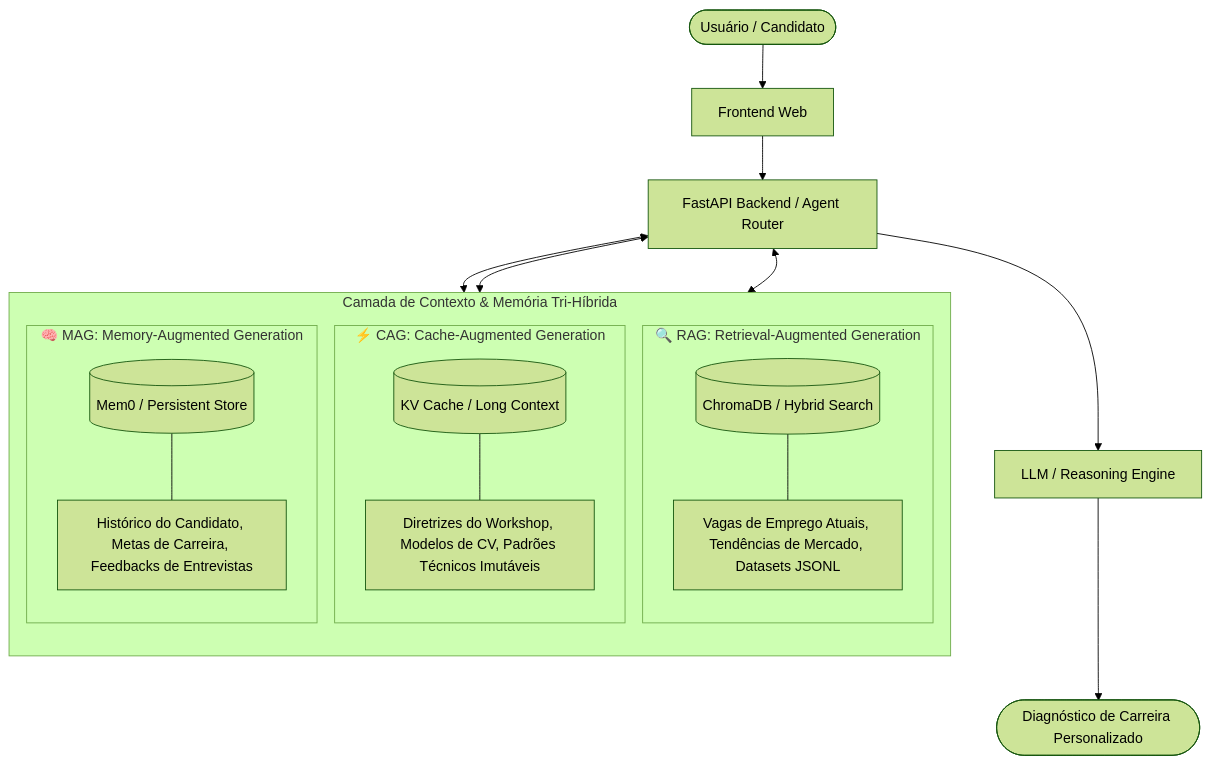
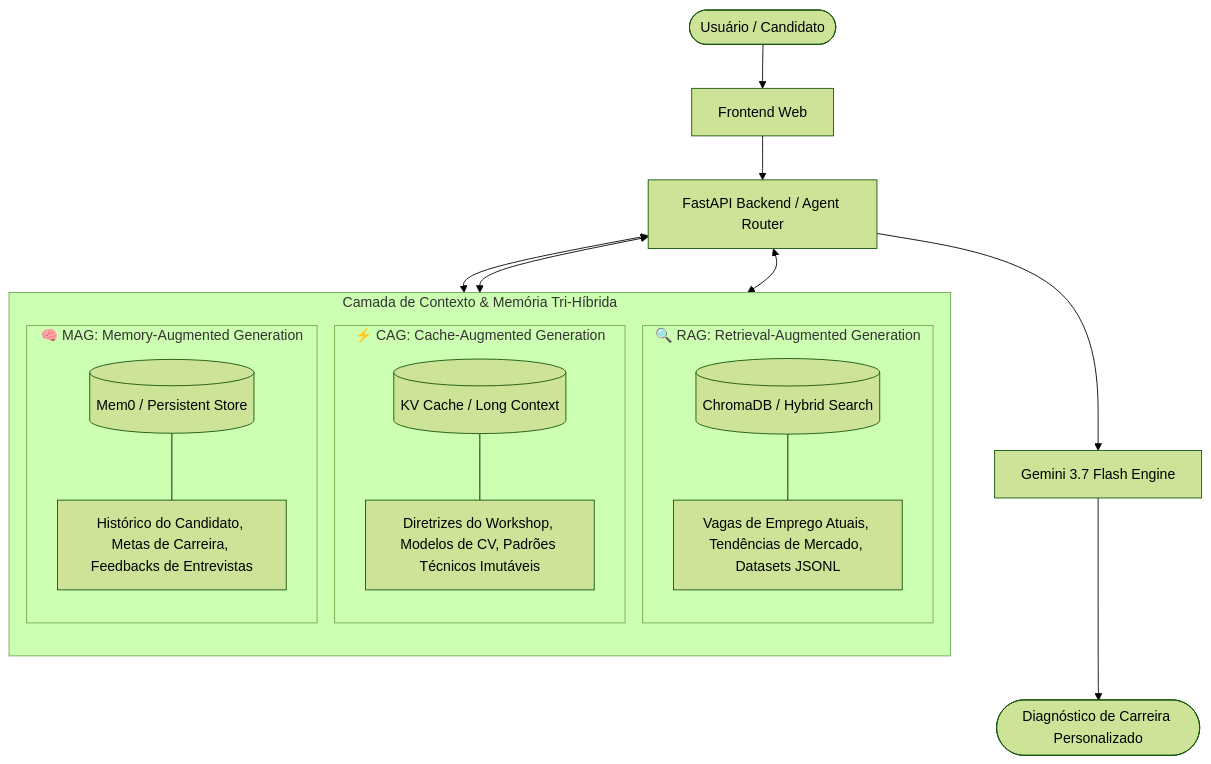
Before and after one commit to EmmanuelNunes/SECOMP---IA: the diagram in docs/Architecture.md, drawn with Mermaid (forest theme). The commit also changed other lines of this file and 7 other files, not shown here.

Commit message:
feat(llm-agents): adicionar conteudos sobre Google Antigravity e modelo vigente Gemini 3.7 Flash na apostila, cheatsheets, labs, docs e instalacao

````diff
--- a/docs/Architecture.md
+++ b/docs/Architecture.md
@@ -19,33 +21,33 @@
 ```mermaid
 flowchart TD
     User([Usuário / Candidato]) --> Interface[Frontend Web]
     Interface --> API[FastAPI Backend / Agent Router]
     
     subgraph Context_Layer [Camada de Contexto & Memória Tri-Híbrida]
         direction TB
         
         subgraph CAG_Block [⚡ CAG: Cache-Augmented Generation]
             CAG_Cache[(KV Cache / Long Context)]
             CAG_Desc[Diretrizes do Workshop, Modelos de CV, Padrões Técnicos Imutáveis]
             CAG_Cache --- CAG_Desc
         end
         
         subgraph RAG_Block [🔍 RAG: Retrieval-Augmented Generation]
             VectorDB[(ChromaDB / Hybrid Search)]
             RAG_Desc[Vagas de Emprego Atuais, Tendências de Mercado, Datasets JSONL]
             VectorDB --- RAG_Desc
         end
         
         subgraph MAG_Block [🧠 MAG: Memory-Augmented Generation]
             MemoryStore[(Mem0 / Persistent Store)]
             MAG_Desc[Histórico do Candidato, Metas de Carreira, Feedbacks de Entrevistas]
             MemoryStore --- MAG_Desc
         end
     end
     
     API <--> CAG_Cache
     API <--> VectorDB
     API <--> MemoryStore
-    API --> LLM[LLM / Reasoning Engine]
+    API --> LLM[Gemini 3.7 Flash Engine]
     LLM --> Response([Diagnóstico de Carreira Personalizado])
 ```
````
